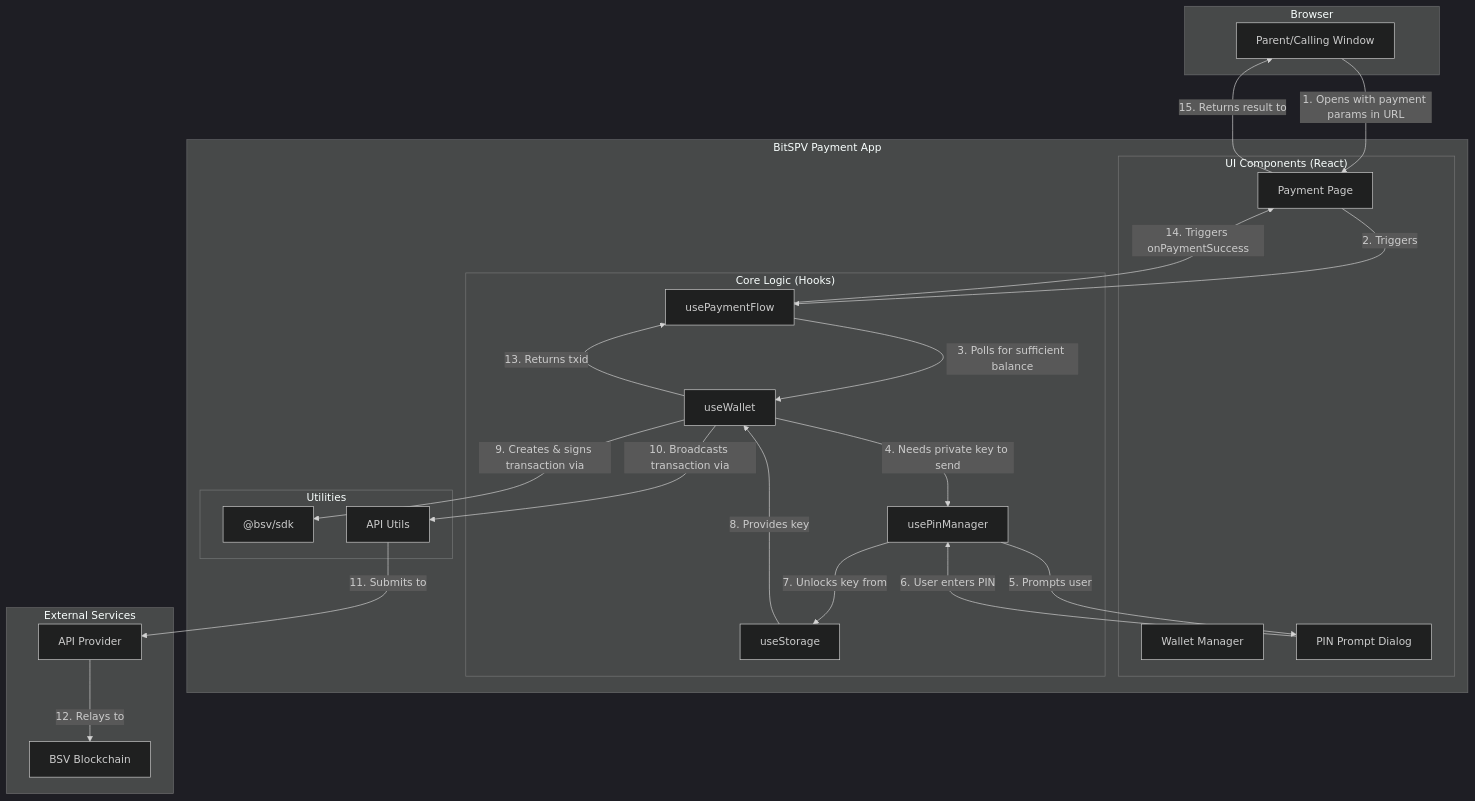
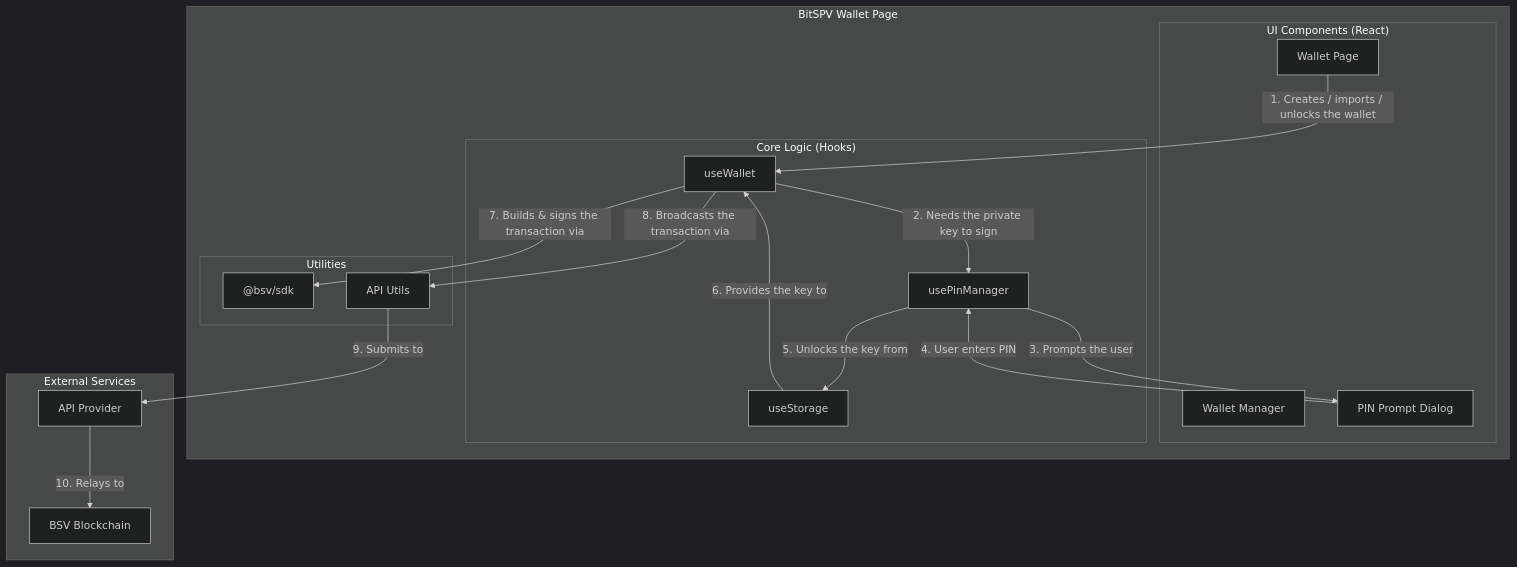
One commit to cyio/bitspv-pay changed the diagram in README.md. Above: the diagram before and after it, drawn with Mermaid (dark theme). The commit also changed other lines of this file and 13 other files, not shown here.

````diff
--- a/README.md
+++ b/README.md
@@ -60,47 +64,37 @@
 ```mermaid
 graph TD
-    subgraph "Browser"
-        A["Parent/Calling Window"]
-    end
-
-    subgraph "BitSPV Payment App"
+    subgraph "BitSPV Wallet Page"
         subgraph "UI Components (React)"
-            B[Payment Page]
+            B[Wallet Page]
             D[Wallet Manager]
             P[PIN Prompt Dialog]
         end
 
         subgraph "Core Logic (Hooks)"
-            C[usePaymentFlow]
             E[useWallet]
             F[usePinManager]
             G[useStorage]
         end
 
         subgraph "Utilities"
             H["@bsv/sdk"]
             I[API Utils]
         end
     end
 
     subgraph "External Services"
         J[BSV Blockchain]
         K[API Provider]
     end
 
-    A -- "1. Opens with payment params in URL" --> B
-    B -- "2. Triggers" --> C
-    C -- "3. Polls for sufficient balance" --> E
-    E -- "4. Needs private key to send" --> F
-    F -- "5. Prompts user" --> P
-    P -- "6. User enters PIN" --> F
-    F -- "7. Unlocks key from" --> G
-    G -- "8. Provides key" --> E
-    E -- "9. Creates & signs transaction via" --> H
-    E -- "10. Broadcasts transaction via" --> I
-    I -- "11. Submits to" --> K
-    K -- "12. Relays to" --> J
-    E -- "13. Returns txid" --> C
-    C -- "14. Triggers onPaymentSuccess" --> B
-    B -- "15. Returns result to" --> A
+    B -- "1. Creates / imports / unlocks the wallet" --> E
+    E -- "2. Needs the private key to sign" --> F
+    F -- "3. Prompts the user" --> P
+    P -- "4. User enters PIN" --> F
+    F -- "5. Unlocks the key from" --> G
+    G -- "6. Provides the key to" --> E
+    E -- "7. Builds & signs the transaction via" --> H
+    E -- "8. Broadcasts the transaction via" --> I
+    I -- "9. Submits to" --> K
+    K -- "10. Relays to" --> J
 ```
````
